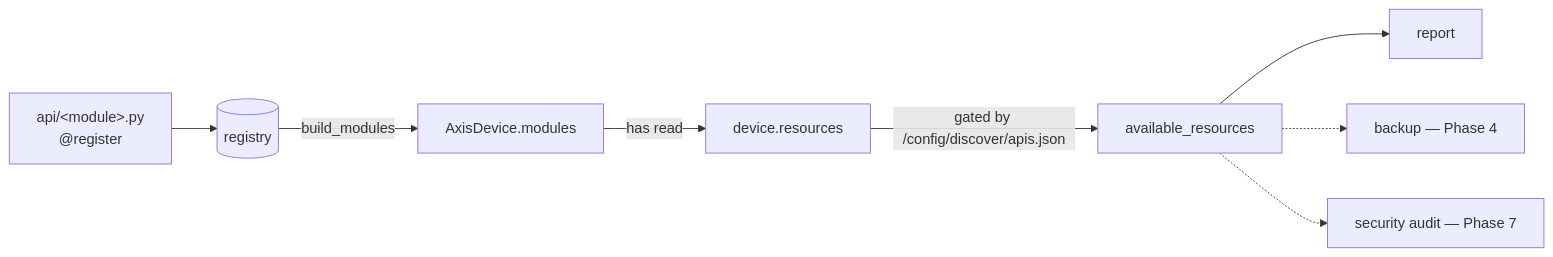
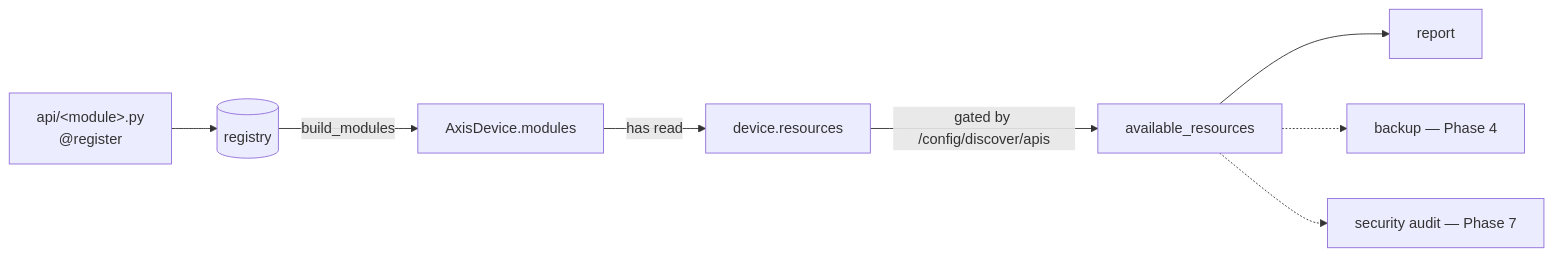
The fourth of 29 diagrams in docs/architecture.md (NetDevAutomate/axiscam), drawn with Mermaid before and after one commit. The commit also changed other lines of this file and 10 other files, not shown here.

````diff
--- a/docs/architecture.md
+++ b/docs/architecture.md
@@ -240,10 +240,10 @@
 ```mermaid
 flowchart LR
     M["api/&lt;module&gt;.py<br/>@register"] --> REG[(registry)]
     REG -->|build_modules| DEV[AxisDevice.modules]
     DEV -->|has read| RES[device.resources]
-    RES -->|gated by /config/discover/apis.json| AV[available_resources]
+    RES -->|gated by /config/discover/apis| AV[available_resources]
     AV --> R[report]
     AV -.-> B[backup — Phase 4]
     AV -.-> A[security audit — Phase 7]
 ```
````
